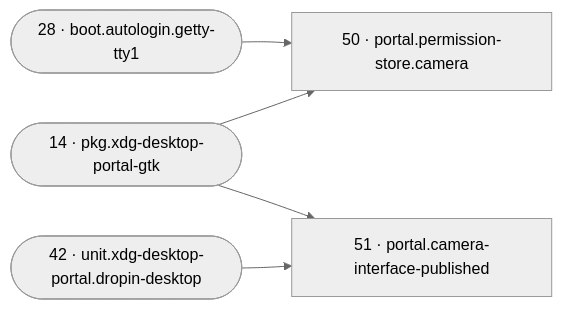
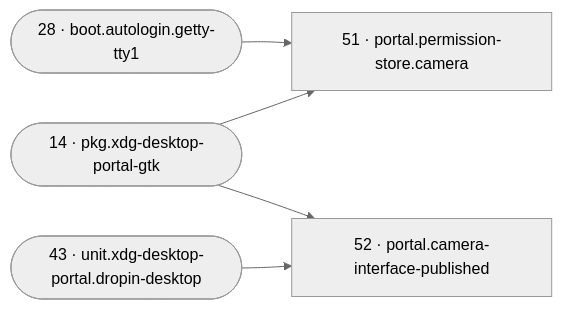
Before and after one commit to SixFive7/FrameLink: diagram 16 of 21 in reference/reconcile-dag.md, drawn with Mermaid (neutral theme). The commit also changed other lines of this file and 5 other files, not shown here.

````diff
--- a/reference/reconcile-dag.md
+++ b/reference/reconcile-dag.md
@@ -443,12 +445,12 @@
 ```mermaid
 flowchart LR
-  r50["50 · portal.permission-store.camera"]
-  r51["51 · portal.camera-interface-published"]
+  r51["51 · portal.permission-store.camera"]
+  r52["52 · portal.camera-interface-published"]
   r14(["14 · pkg.xdg-desktop-portal-gtk"])
   r28(["28 · boot.autologin.getty-tty1"])
-  r42(["42 · unit.xdg-desktop-portal.dropin-desktop"])
-  r14 --> r50
-  r28 --> r50
-  r42 --> r51
+  r43(["43 · unit.xdg-desktop-portal.dropin-desktop"])
   r14 --> r51
+  r28 --> r51
+  r43 --> r52
+  r14 --> r52
 ```
````
